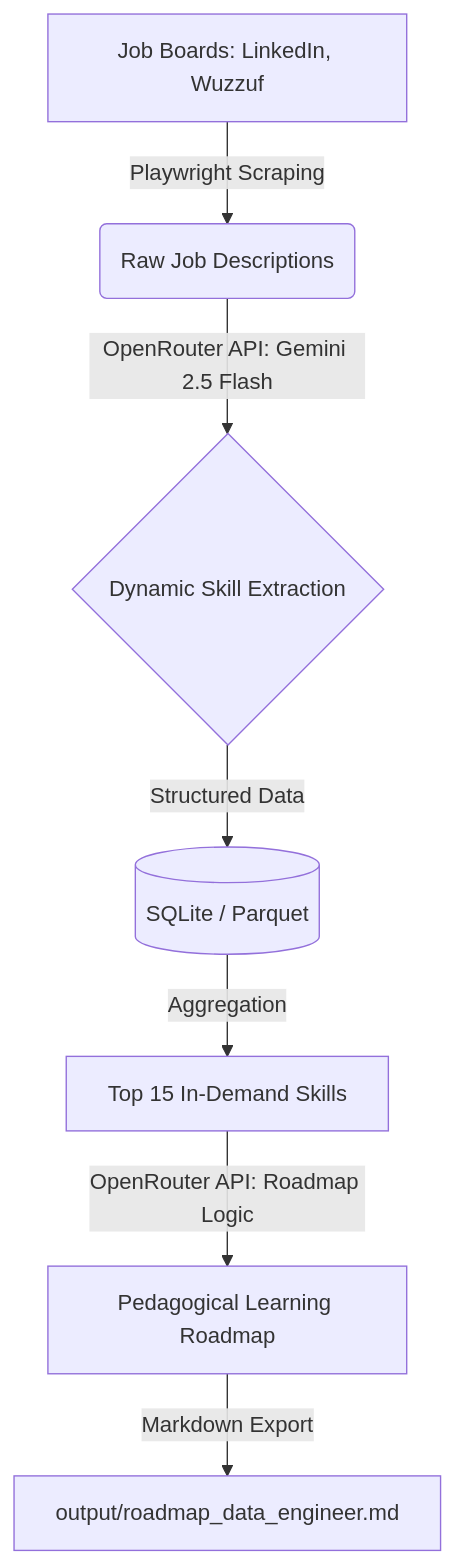
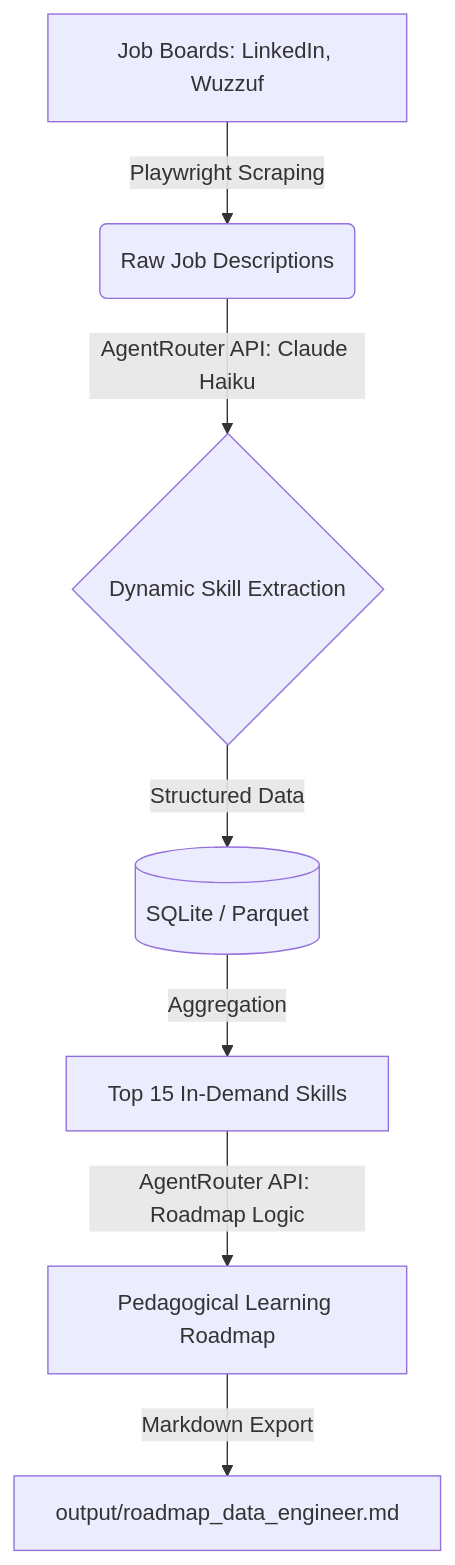
Before and after one commit to Sohila-Khaled-Abbas/data-career-roadmap-generator: the diagram in README.md, drawn with Mermaid. The commit also changed other lines of this file and 5 other files, not shown here.

Commit message:
refactor: migrate pipeline to AgentRouter API and Claude Haiku, adding comprehensive project documentation.

````diff
--- a/README.md
+++ b/README.md
@@ -14,9 +14,9 @@
 ```mermaid
 graph TD
     A[Job Boards: LinkedIn, Wuzzuf] -->|Playwright Scraping| B(Raw Job Descriptions)
-    B -->|OpenRouter API: Gemini 2.5 Flash| C{Dynamic Skill Extraction}
+    B -->|AgentRouter API: Claude Haiku| C{Dynamic Skill Extraction}
     C -->|Structured Data| D[(SQLite / Parquet)]
     D -->|Aggregation| E[Top 15 In-Demand Skills]
-    E -->|OpenRouter API: Roadmap Logic| F[Pedagogical Learning Roadmap]
+    E -->|AgentRouter API: Roadmap Logic| F[Pedagogical Learning Roadmap]
     F -->|Markdown Export| G[output/roadmap_data_engineer.md]
 ```
````
